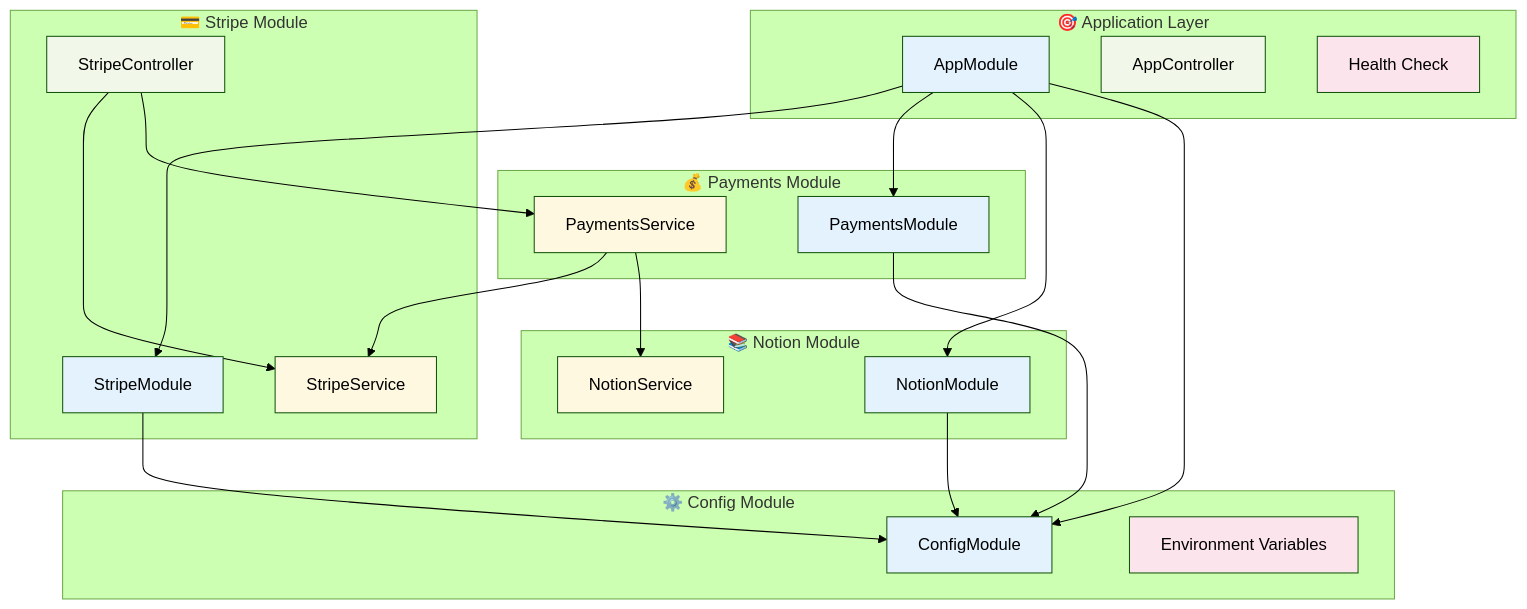
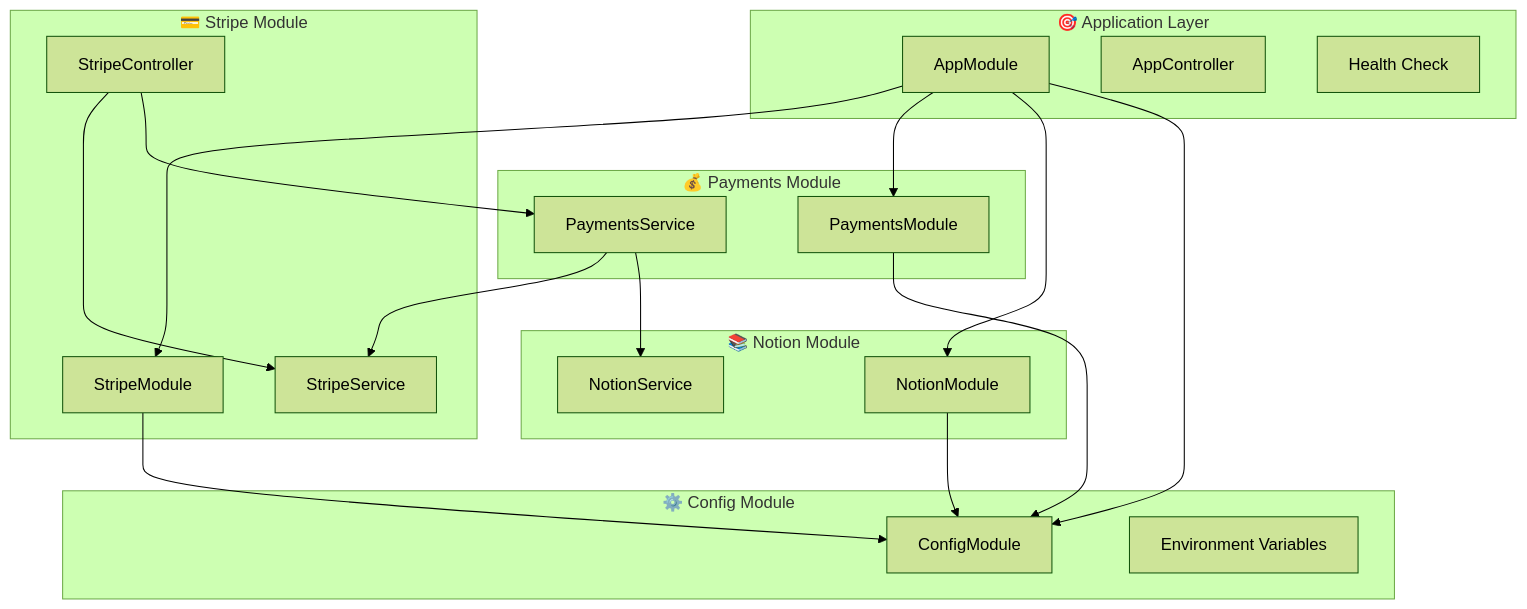
Before and after one commit to Robbyfuu/nestjs-stripe-notion-automation: the third of 7 diagrams in docs/ARCHITECTURE.md, drawn with Mermaid (forest theme). The commit also changed other lines of this file and 14 other files, not shown here.

````diff
--- a/docs/ARCHITECTURE.md
+++ b/docs/ARCHITECTURE.md
@@ -115,53 +102,43 @@
 ```mermaid
 graph TD
     subgraph "🎯 Application Layer"
         A[AppModule]
         B[AppController]
         C[Health Check]
     end
     
     subgraph "💳 Stripe Module"
         D[StripeModule]
         E[StripeController]
         F[StripeService]
     end
     
     subgraph "💰 Payments Module"
         G[PaymentsModule]
         H[PaymentsService]
     end
     
     subgraph "📚 Notion Module"
         I[NotionModule]
         J[NotionService]
     end
     
     subgraph "⚙️ Config Module"
         K[ConfigModule]
         L[Environment Variables]
     end
     
     A --> D
     A --> G
     A --> I
     A --> K
     
     E --> F
     E --> H
     H --> F
     H --> J
     
     D --> K
     G --> K
     I --> K
-    
-    classDef module fill:#e3f2fd
-    classDef controller fill:#f1f8e9
-    classDef service fill:#fff8e1
-    classDef config fill:#fce4ec
-    
-    class A,D,G,I,K module
-    class B,E controller
-    class F,H,J service
-    class C,L config
 ```
````
